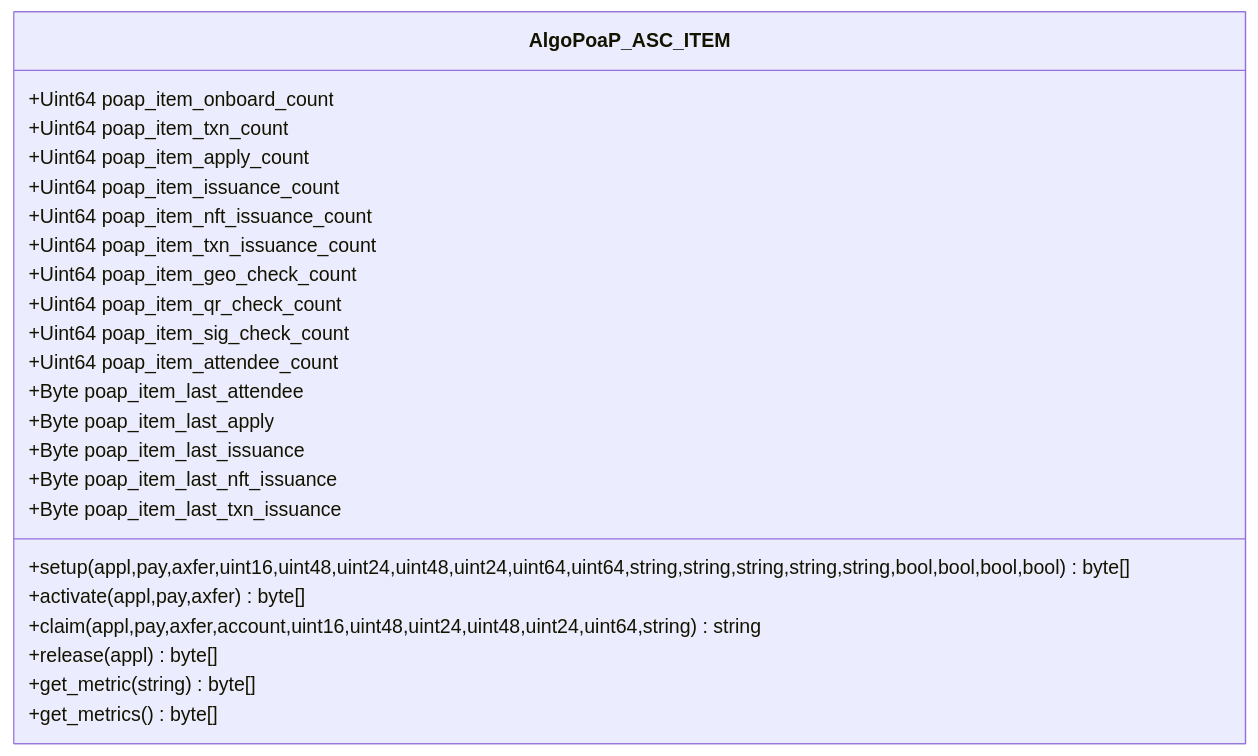
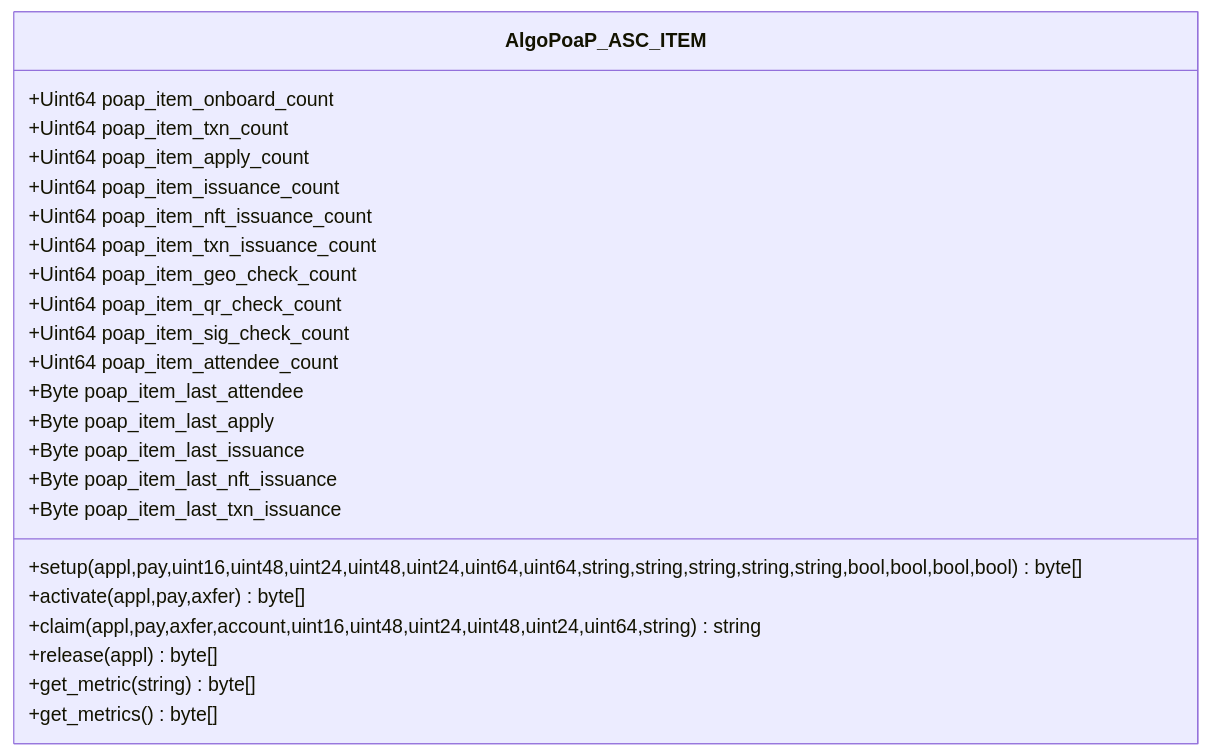
Before and after one commit to GoPlausible/.github: the tenth of 10 diagrams in profile/README.md, drawn with Mermaid. The commit also changed other lines of this file, not shown here.

````diff
--- a/profile/README.md
+++ b/profile/README.md
@@ -502,30 +502,30 @@
 ```mermaid
   classDiagram
     class AlgoPoaP_ASC_ITEM
     AlgoPoaP_ASC_ITEM : +Uint64 poap_item_onboard_count
     AlgoPoaP_ASC_ITEM : +Uint64 poap_item_txn_count
     AlgoPoaP_ASC_ITEM : +Uint64 poap_item_apply_count
     AlgoPoaP_ASC_ITEM : +Uint64 poap_item_issuance_count
     AlgoPoaP_ASC_ITEM : +Uint64 poap_item_nft_issuance_count
     AlgoPoaP_ASC_ITEM : +Uint64 poap_item_txn_issuance_count
 
     AlgoPoaP_ASC_ITEM : +Uint64 poap_item_geo_check_count
     AlgoPoaP_ASC_ITEM : +Uint64 poap_item_qr_check_count
     AlgoPoaP_ASC_ITEM : +Uint64 poap_item_sig_check_count
 
     AlgoPoaP_ASC_ITEM : +Uint64 poap_item_attendee_count
     AlgoPoaP_ASC_ITEM : +Byte poap_item_last_attendee
     AlgoPoaP_ASC_ITEM : +Byte poap_item_last_apply
     AlgoPoaP_ASC_ITEM : +Byte poap_item_last_issuance
     AlgoPoaP_ASC_ITEM : +Byte poap_item_last_nft_issuance
     AlgoPoaP_ASC_ITEM : +Byte poap_item_last_txn_issuance
-    AlgoPoaP_ASC_ITEM : +setup(appl,pay,axfer,uint16,uint48,uint24,uint48,uint24,uint64,uint64,string,string,string,string,string,bool,bool,bool,bool)byte[]
+    AlgoPoaP_ASC_ITEM : +setup(appl,pay,uint16,uint48,uint24,uint48,uint24,uint64,uint64,string,string,string,string,string,bool,bool,bool,bool)byte[]
     AlgoPoaP_ASC_ITEM : +activate(appl,pay,axfer)byte[]
     AlgoPoaP_ASC_ITEM : +claim(appl,pay,axfer,account,uint16,uint48,uint24,uint48,uint24,uint64,string)string
     AlgoPoaP_ASC_ITEM : +release(appl)byte[]
     AlgoPoaP_ASC_ITEM : +get_metric(string)byte[]
     AlgoPoaP_ASC_ITEM : +get_metrics()byte[]
     
   
     
 ```
````
